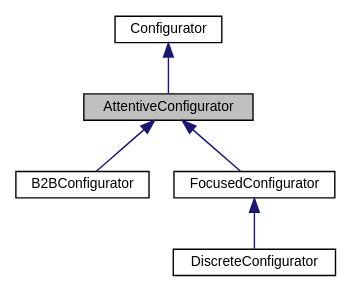
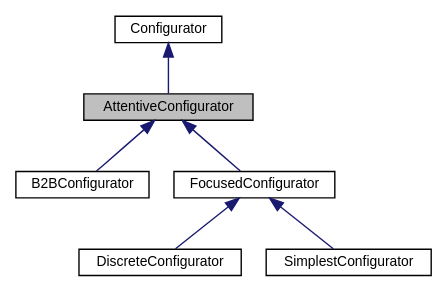
The diagram in classAttentiveConfigurator__inherit__graph.dot (YangZhang-001/bratmobile), drawn with Graphviz before and after one commit. The commit also changed 73 other files, not shown here.

```diff
--- a/classAttentiveConfigurator__inherit__graph.dot
+++ b/classAttentiveConfigurator__inherit__graph.dot
@@ -1,15 +1,17 @@
 digraph "AttentiveConfigurator"
 {
  // LATEX_PDF_SIZE
   edge [fontname="Helvetica",fontsize="10",labelfontname="Helvetica",labelfontsize="10"];
   node [fontname="Helvetica",fontsize="10",shape=record];
   Node1 [label="AttentiveConfigurator",height=0.2,width=0.4,color="black", fillcolor="grey75", style="filled", fontcolor="black",tooltip="Configurator with long-range planning. It explores transitions out of a state until a DEFAULT Task is..."];
   Node2 -> Node1 [dir="back",color="midnightblue",fontsize="10",style="solid",fontname="Helvetica"];
   Node2 [label="Configurator",height=0.2,width=0.4,color="black", fillcolor="white", style="filled",URL="$classConfigurator.html",tooltip=" "];
   Node1 -> Node3 [dir="back",color="midnightblue",fontsize="10",style="solid",fontname="Helvetica"];
   Node3 [label="B2BConfigurator",height=0.2,width=0.4,color="black", fillcolor="white", style="filled",URL="$classB2BConfigurator.html",tooltip="B2BConfigurator is a class that extends the AttentiveConfigurator to eliminate the Task splitting in ..."];
   Node1 -> Node4 [dir="back",color="midnightblue",fontsize="10",style="solid",fontname="Helvetica"];
   Node4 [label="FocusedConfigurator",height=0.2,width=0.4,color="black", fillcolor="white", style="filled",URL="$classFocusedConfigurator.html",tooltip="Configurator that only replans if the current task fails."];
   Node4 -> Node5 [dir="back",color="midnightblue",fontsize="10",style="solid",fontname="Helvetica"];
   Node5 [label="DiscreteConfigurator",height=0.2,width=0.4,color="black", fillcolor="white", style="filled",URL="$classDiscreteConfigurator.html",tooltip="Configurator that discretises DEFAULT tasks into fixed-length segments. Basically,..."];
+  Node4 -> Node6 [dir="back",color="midnightblue",fontsize="10",style="solid",fontname="Helvetica"];
+  Node6 [label="SimplestConfigurator",height=0.2,width=0.4,color="black", fillcolor="white", style="filled",URL="$classSimplestConfigurator.html",tooltip="Plans by simply looking ahead at the possible Tasks and choosing the best sequence...."];
 }
```
